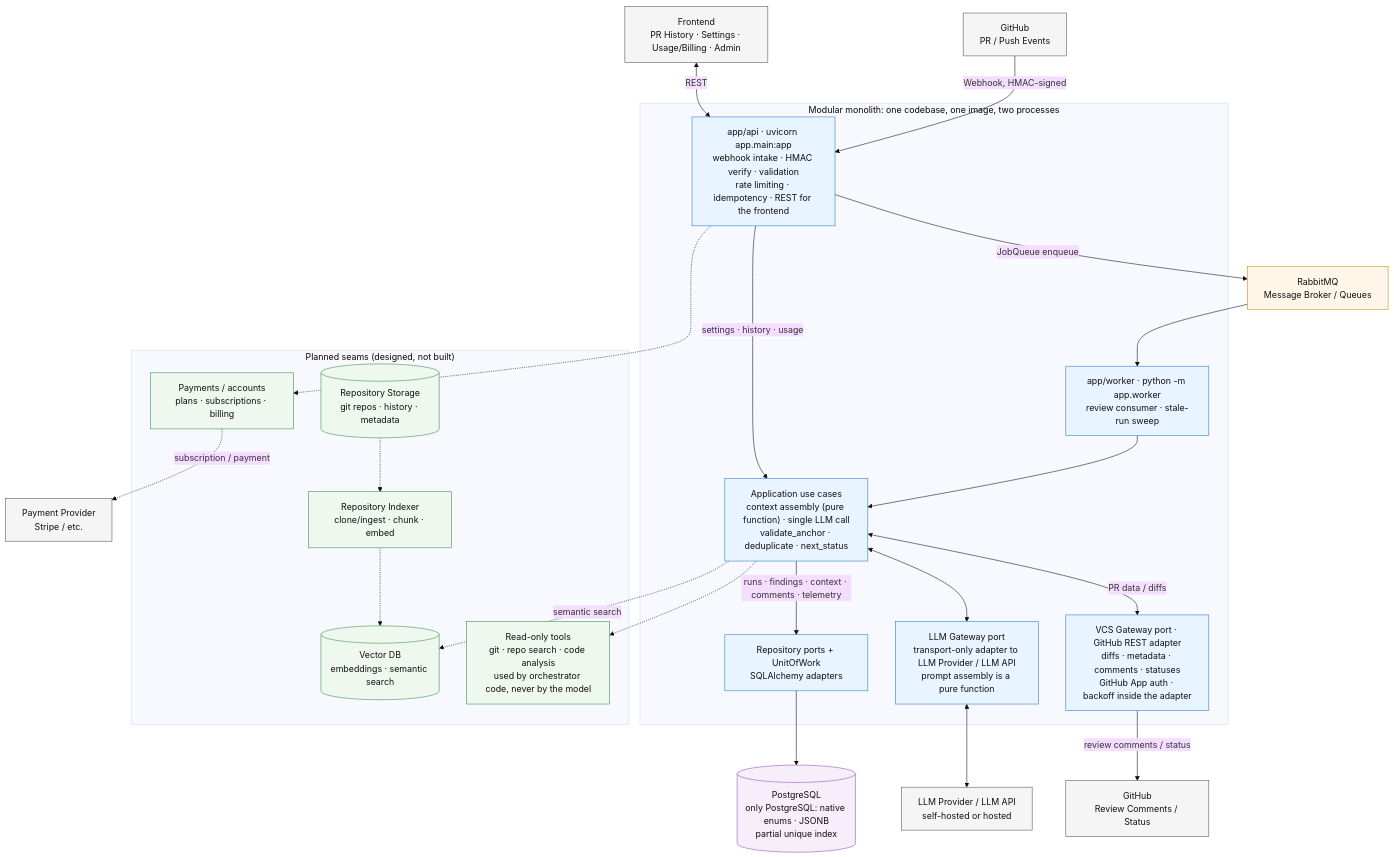
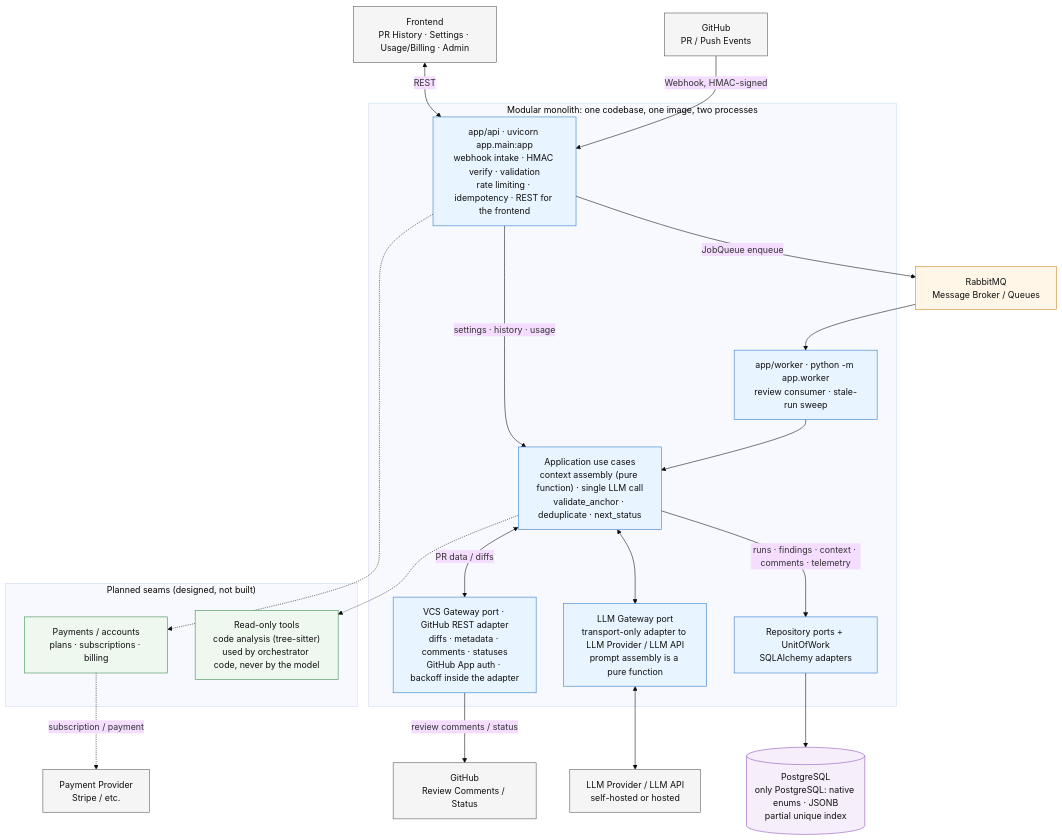
One commit to larchanka-training/dmc-268-api-t1 changed the diagram in docs/SYSTEM_DESIGN.md. Above: the diagram before and after it, drawn with Mermaid (base theme). The commit also changed other lines of this file, not shown here.

Commit message:
Replacing full repo clone with chunks

````diff
--- a/docs/SYSTEM_DESIGN.md
+++ b/docs/SYSTEM_DESIGN.md
@@ -9,73 +9,67 @@
 ```mermaid
 flowchart TB
     %% External
     GH[GitHub<br/>PR / Push Events]
     GHR[GitHub<br/>Review Comments / Status]
     PP[Payment Provider<br/>Stripe / etc.]
     LLM[LLM Provider / LLM API<br/>self-hosted or hosted]
     FE[Frontend<br/>PR History · Settings · Usage/Billing · Admin]
 
     %% Infrastructure
     MQ[RabbitMQ<br/>Message Broker / Queues]
     DB[(PostgreSQL<br/>only PostgreSQL: native enums · JSONB<br/>partial unique index)]
 
     %% Modular monolith
     subgraph MONOLITH["Modular monolith: one codebase, one image, two processes"]
         API["app/api · uvicorn app.main:app<br/>webhook intake · HMAC verify · validation<br/>rate limiting · idempotency · REST for the frontend"]
         WORKER["app/worker · python -m app.worker<br/>review consumer · stale-run sweep"]
         ORCH["Application use cases<br/>context assembly (pure function) · single LLM call<br/>validate_anchor · deduplicate · next_status"]
         VCS["VCS Gateway port · GitHub REST adapter<br/>diffs · metadata · comments · statuses<br/>GitHub App auth · backoff inside the adapter"]
         LGW["LLM Gateway port<br/>transport-only adapter to LLM Provider / LLM API<br/>prompt assembly is a pure function"]
         REPOS["Repository ports + UnitOfWork<br/>SQLAlchemy adapters"]
     end
 
     %% Planned seams
     subgraph PLANNED["Planned seams (designed, not built)"]
         PAY["Payments / accounts<br/>plans · subscriptions · billing"]
-        TOOLS["Read-only tools<br/>git · repo search · code analysis<br/>used by orchestrator code, never by the model"]
-        IDX["Repository Indexer<br/>clone/ingest · chunk · embed"]
-        VDB[(Vector DB<br/>embeddings · semantic search)]
-        RS[("Repository Storage<br/>git repos · history · metadata")]
+        TOOLS["Read-only tools<br/>code analysis (tree-sitter)<br/>used by orchestrator code, never by the model"]
     end
 
     %% Event flow
     GH -->|Webhook, HMAC-signed| API
     FE <-->|REST| API
     API -->|JobQueue enqueue| MQ
     MQ --> WORKER
     WORKER --> ORCH
     API -->|settings · history · usage| ORCH
 
     %% VCS
     ORCH <-->|PR data / diffs| VCS
     VCS -->|review comments / status| GHR
 
     %% LLM
     ORCH <--> LGW
     LGW <--> LLM
 
     %% Data and telemetry
     ORCH -->|runs · findings · context · comments · telemetry| REPOS
     REPOS --> DB
 
     %% Planned seams
     API -.-> PAY
     PAY -.->|subscription / payment| PP
     ORCH -.-> TOOLS
-    ORCH -.->|semantic search| VDB
-    RS -.-> IDX
-    IDX -.-> VDB
 
     %% Styling
     classDef external fill:#f5f5f5,stroke:#555,color:#111;
     classDef core fill:#e8f4ff,stroke:#2878c8,color:#111;
     classDef planned fill:#eef8ef,stroke:#368a4a,color:#111;
     classDef infra fill:#fff6e8,stroke:#c88719,color:#111;
     classDef db fill:#f7eefc,stroke:#8a4db8,color:#111;
 
     class GH,GHR,PP,LLM,FE external;
     class API,WORKER,ORCH,VCS,LGW,REPOS core;
-    class PAY,TOOLS,IDX,VDB,RS planned;
+    class PAY,TOOLS planned;
     class MQ infra;
     class DB db;
 ```
````
